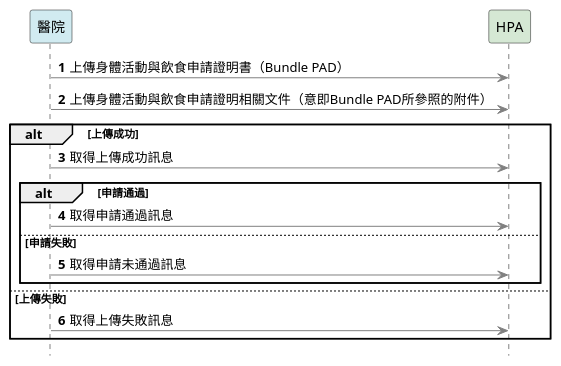
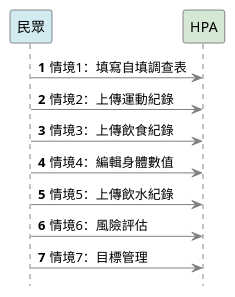
The diagram in input/images-source/index.plantuml (hpapa2025/pad), drawn with PlantUML before and after one commit. The commit also changed 48 other files, not shown here.

```diff
--- a/input/images-source/index.plantuml
+++ b/input/images-source/index.plantuml
@@ -1,26 +1,21 @@
 @startuml
 autonumber
 
 skinparam sequence {
 ArrowColor gray
 ActorBorderColor gray
 LifeLineBorderColor black
 }
 skinparam shadowing false
 hide footbox
 
-participant 醫院 #d1ebf1
+participant 民眾 #d1ebf1
 participant HPA  #D5E8D4
-醫院 -> HPA: 上傳身體活動與飲食申請證明書（Bundle PAD）
-醫院 -> HPA: 上傳身體活動與飲食申請證明相關文件（意即Bundle PAD所參照的附件）
-alt 上傳成功
-    醫院 -> HPA: 取得上傳成功訊息
-    alt 申請通過
-        醫院 -> HPA: 取得申請通過訊息
-    else 申請失敗
-        醫院 -> HPA: 取得申請未通過訊息
-    end
-else 上傳失敗
-    醫院 -> HPA: 取得上傳失敗訊息
-end
+民眾 -> HPA: 情境1：填寫自填調查表
+民眾 -> HPA: 情境2：上傳運動紀錄
+民眾 -> HPA: 情境3：上傳飲食紀錄
+民眾 -> HPA: 情境4：編輯身體數值
+民眾 -> HPA: 情境5：上傳飲水紀錄
+民眾 -> HPA: 情境6：風險評估
+民眾 -> HPA: 情境7：目標管理
 @enduml
```
